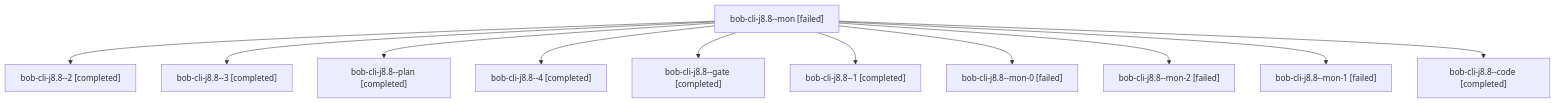
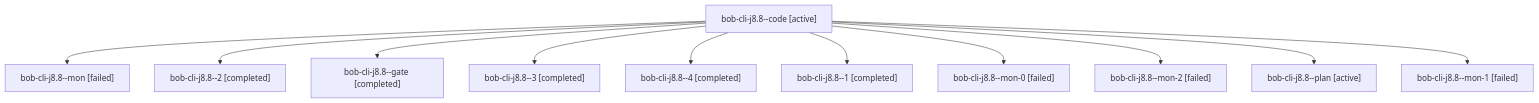
Before and after one commit to bobs-org/bob-cli--agents: the diagram in sessions/bbugyi200.apollo.bob-cli-j8.8.md, drawn with Mermaid. The commit also changed other lines of this file and 97 other files, not shown here.

````diff
--- a/sessions/bbugyi200.apollo.bob-cli-j8.8.md
+++ b/sessions/bbugyi200.apollo.bob-cli-j8.8.md
@@ -9,24 +9,24 @@
 ```mermaid
 flowchart TD
-  n0["bob-cli-j8.8--mon [failed]"]
-  n1["bob-cli-j8.8--2 [completed]"]
+  n0["bob-cli-j8.8--code [active]"]
+  n1["bob-cli-j8.8--mon [failed]"]
   n0 --> n1
-  n2["bob-cli-j8.8--3 [completed]"]
+  n2["bob-cli-j8.8--2 [completed]"]
   n0 --> n2
-  n3["bob-cli-j8.8--plan [completed]"]
+  n3["bob-cli-j8.8--gate [completed]"]
   n0 --> n3
-  n4["bob-cli-j8.8--4 [completed]"]
+  n4["bob-cli-j8.8--3 [completed]"]
   n0 --> n4
-  n5["bob-cli-j8.8--gate [completed]"]
+  n5["bob-cli-j8.8--4 [completed]"]
   n0 --> n5
   n6["bob-cli-j8.8--1 [completed]"]
   n0 --> n6
   n7["bob-cli-j8.8--mon-0 [failed]"]
   n0 --> n7
   n8["bob-cli-j8.8--mon-2 [failed]"]
   n0 --> n8
-  n9["bob-cli-j8.8--mon-1 [failed]"]
+  n9["bob-cli-j8.8--plan [active]"]
   n0 --> n9
-  n10["bob-cli-j8.8--code [completed]"]
+  n10["bob-cli-j8.8--mon-1 [failed]"]
   n0 --> n10
 ```
````
